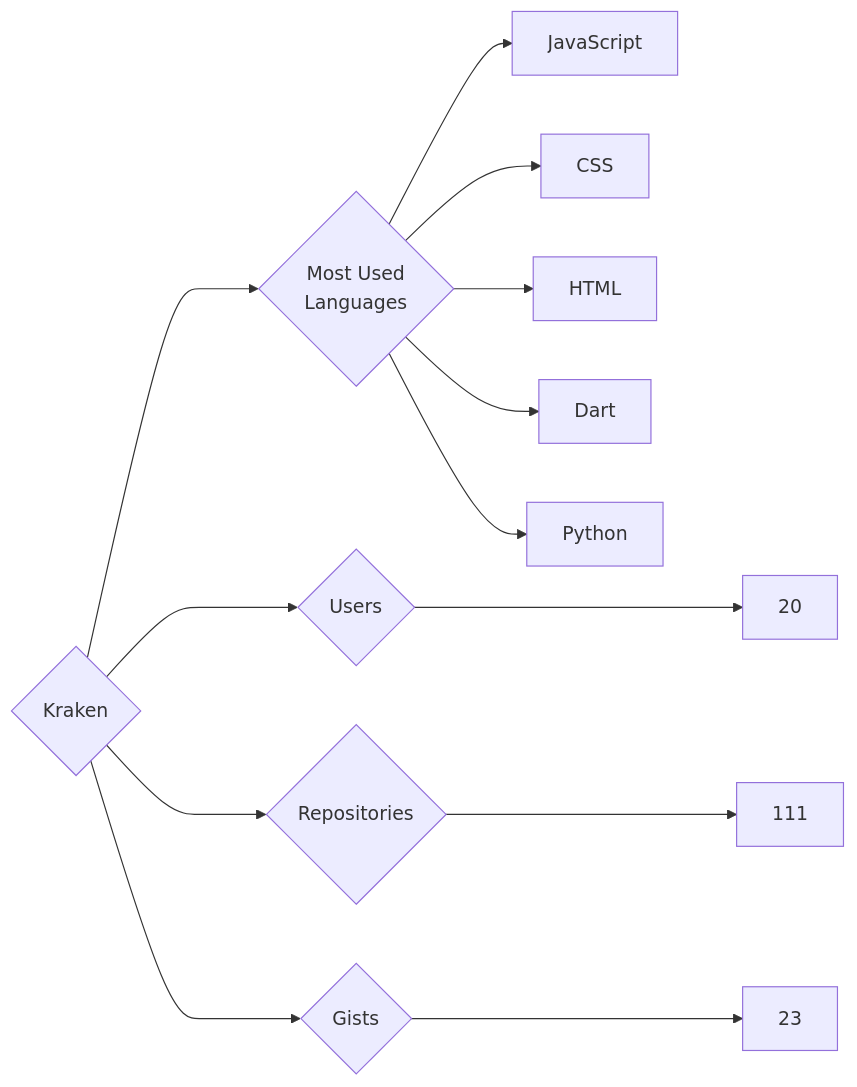
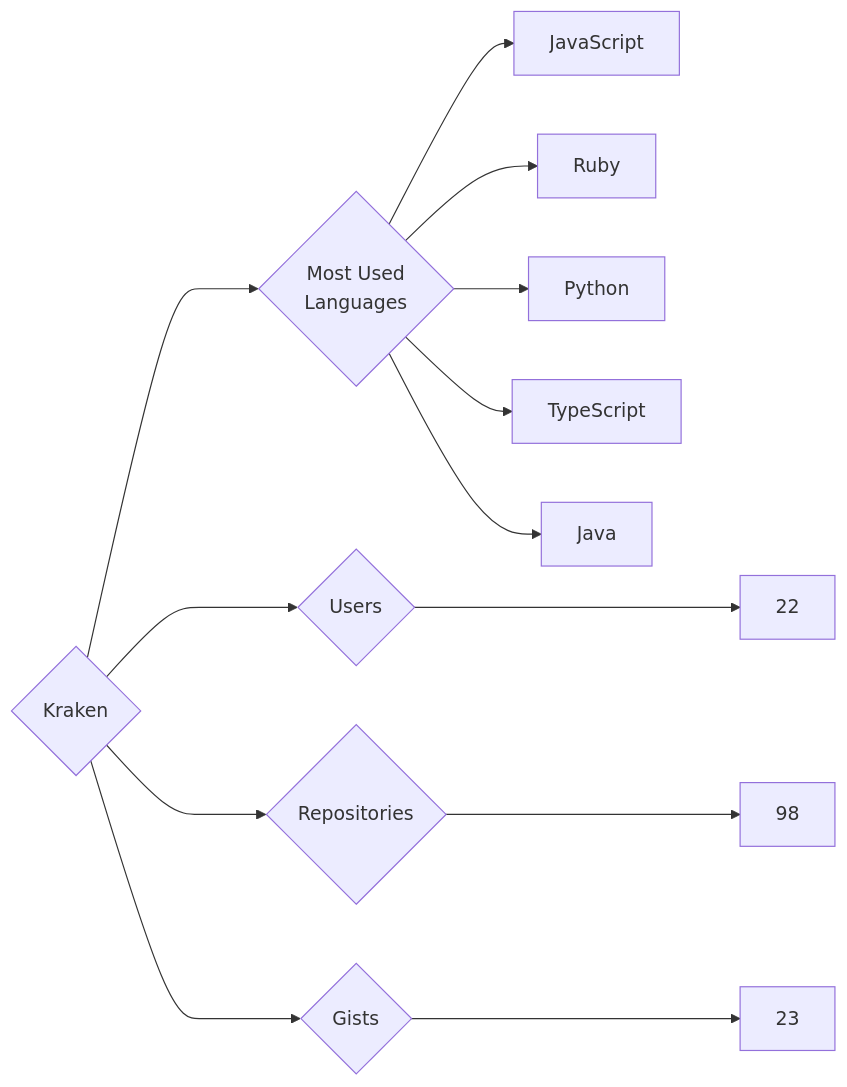
The diagram in targets/Kraken/README.md (trickest/insiders), drawn with Mermaid before and after one commit. The commit also changed 934 other files, not shown here.

````diff
--- a/targets/Kraken/README.md
+++ b/targets/Kraken/README.md
@@ -3,13 +3,13 @@
 ```mermaid
 graph LR
 COMPANY_NAME{Kraken}
-COMPANY_NAME ---> U{Users} ---> UN[20]
-COMPANY_NAME ---> R{Repositories} ---> RN[111]
+COMPANY_NAME ---> U{Users} ---> UN[22]
+COMPANY_NAME ---> R{Repositories} ---> RN[98]
 COMPANY_NAME ---> G{Gists} ---> GN[23]
 COMPANY_NAME ---> ML{Most Used<br>Languages}
 ML --> JavaScript[JavaScript]
-ML --> CSS[CSS]
-ML --> HTML[HTML]
-ML --> Dart[Dart]
+ML --> Ruby[Ruby]
 ML --> Python[Python]
+ML --> TypeScript[TypeScript]
+ML --> Java[Java]
 ```
````
